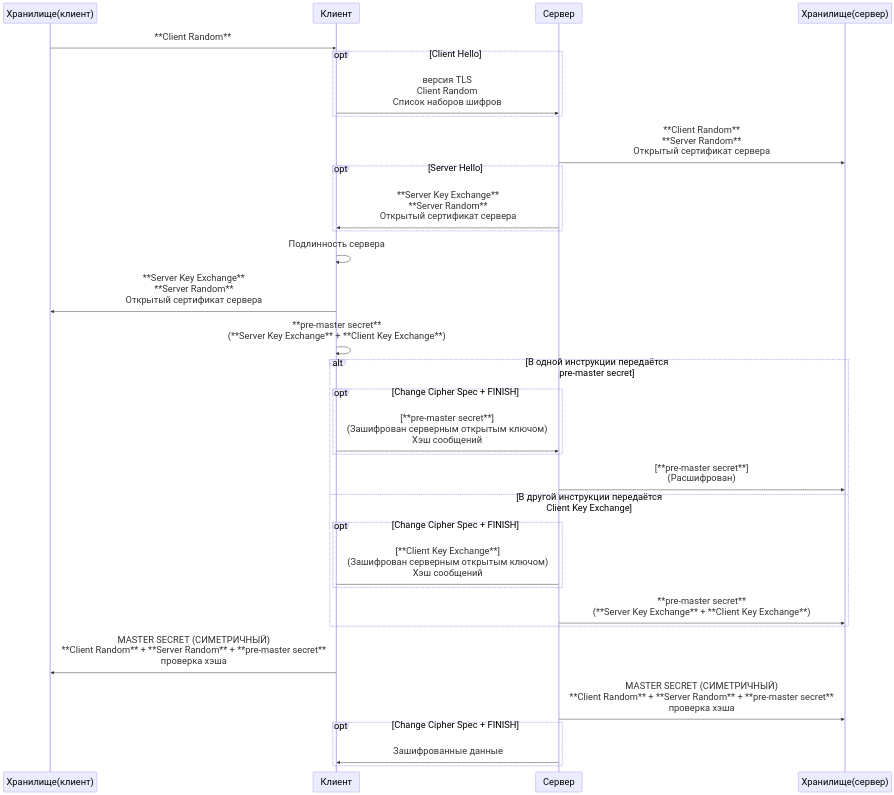
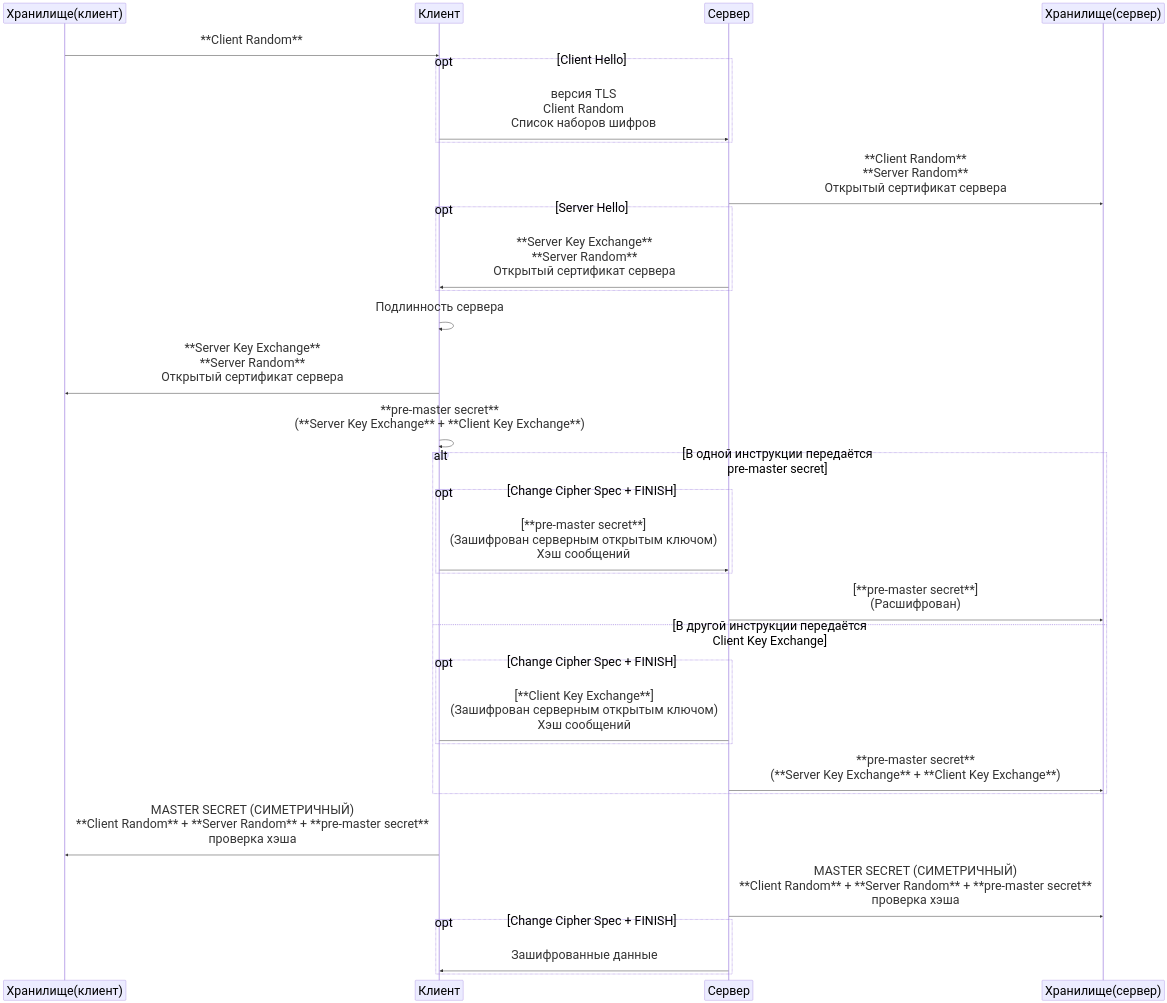
The diagram in linux/net/Теория/https запрос (поправить форматирование).md (Firzen475/Common), drawn with Mermaid before and after one commit.

````diff
--- a/linux/net/Теория/https запрос (поправить форматирование).md
+++ b/linux/net/Теория/https запрос (поправить форматирование).md
@@ -27,40 +27,40 @@
 ```mermaid
 %%{init: {
   'theme': 'default',
-  'fontSize': '30',
+  'fontSize': '40',
   'themeCSS': 'text { font-size: 40px !important; }',
   'fontFamily': 'sans-serif',
   'sequence': {
 
   }
 }}%%
 sequenceDiagram
     Хранилище(клиент) ->> Клиент: **Client Random**
     opt Client Hello
         Клиент->>Сервер: версия TLS<br>Client Random<br>Список наборов шифров
     end
     Сервер ->> Хранилище(сервер): **Client Random**<br>**Server Random**<br>Открытый сертификат сервера
     opt Server Hello
         Сервер->>Клиент: **Server Key Exchange**<br>**Server Random**<br>Открытый сертификат сервера
     end
     Клиент->>Клиент: Подлинность сервера
     Клиент->>Хранилище(клиент): **Server Key Exchange**<br>**Server Random**<br>Открытый сертификат сервера
     Клиент ->> Клиент: **pre-master secret**<br>(**Server Key Exchange** + **Client Key Exchange**)
     alt В одной инструкции передаётся<br>pre-master secret
         opt Change Cipher Spec + FINISH
             Клиент->>Сервер: [**pre-master secret**]<br>(Зашифрован серверным открытым ключом)<br>Хэш сообщений
         end
         Сервер ->> Хранилище(сервер): [**pre-master secret**]<br>(Расшифрован)
     else В другой инструкции передаётся<br>Client Key Exchange
         opt Change Cipher Spec + FINISH
             Клиент->Сервер: [**Client Key Exchange**]<br>(Зашифрован серверным открытым ключом)<br>Хэш сообщений
         end
         Сервер ->> Хранилище(сервер): **pre-master secret**<br>(**Server Key Exchange** + **Client Key Exchange**)
     end
     Клиент ->> Хранилище(клиент): MASTER SECRET (СИМЕТРИЧНЫЙ)<br> **Client Random** + **Server Random** + **pre-master secret**<br>проверка хэша
     Сервер ->> Хранилище(сервер): MASTER SECRET (СИМЕТРИЧНЫЙ)<br> **Client Random** + **Server Random** + **pre-master secret**<br>проверка хэша
     opt Change Cipher Spec + FINISH
         Сервер ->> Клиент: Зашифрованные данные
     end
 
 ```
````
